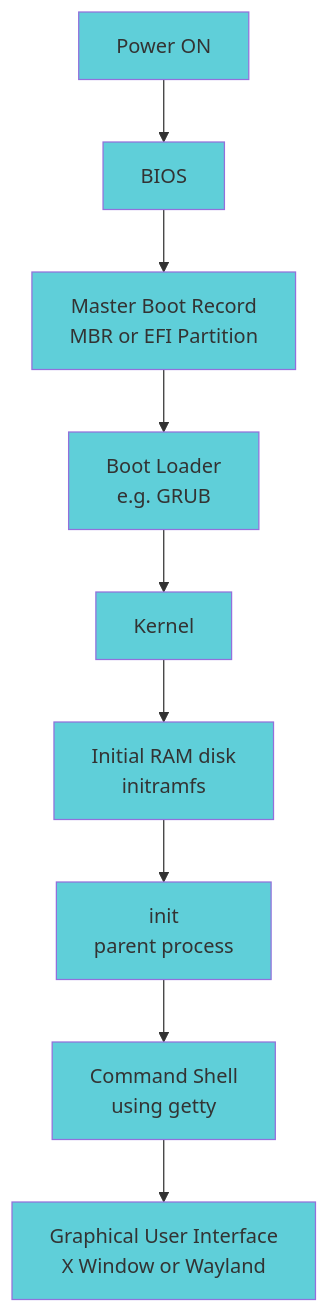
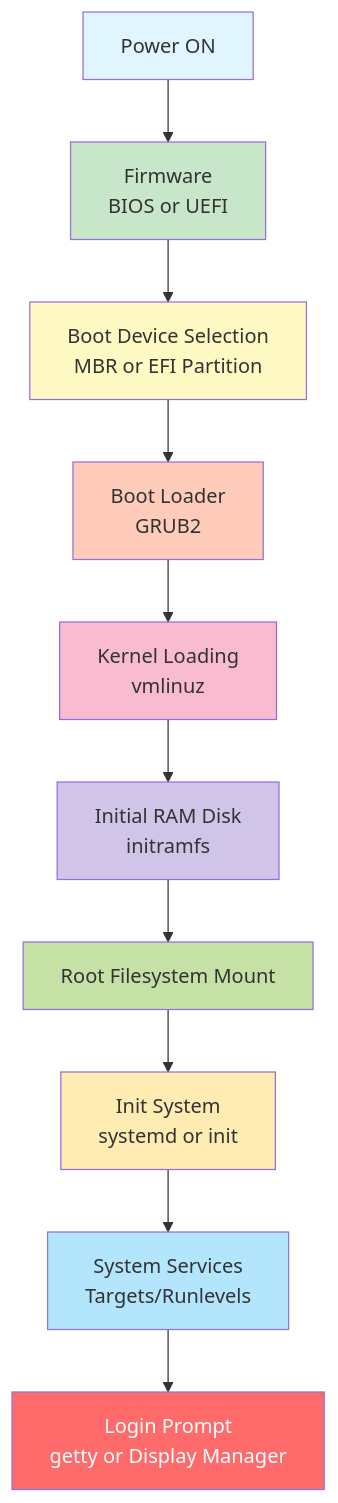
The first of 8 diagrams in operating-system/unix/linux/system-administration/booting/Boot process.md (ngokhoa1202/cs-note), drawn with Mermaid before and after one commit. The commit also changed other lines of this file and 118 other files, not shown here.

````diff
--- a/operating-system/unix/linux/system-administration/booting/Boot process.md
+++ b/operating-system/unix/linux/system-administration/booting/Boot process.md
@@ -2,21 +6,23 @@
-```mermaid title='Boot process in linux'
+```mermaid
 flowchart TD
-    A[Power ON] --> B[BIOS]
-    B --> C[Master Boot Record<br/>MBR or EFI Partition]
-    C --> D[Boot Loader<br/>e.g. GRUB]
-    D --> E[Kernel]
-    E --> F[Initial RAM disk<br/>initramfs]
-    F --> G[init<br/>parent process]
-    G --> H[Command Shell<br/>using getty]
-    H --> I[Graphical User Interface<br/>X Window or Wayland]
-    
-    style A fill:#5fcfd9
-    style B fill:#5fcfd9
-    style C fill:#5fcfd9
-    style D fill:#5fcfd9
-    style E fill:#5fcfd9
-    style F fill:#5fcfd9
-    style G fill:#5fcfd9
-    style H fill:#5fcfd9
-    style I fill:#5fcfd9
+    A[Power ON] --> B[Firmware<br/>BIOS or UEFI]
+    B --> C[Boot Device Selection<br/>MBR or EFI Partition]
+    C --> D[Boot Loader<br/>GRUB2]
+    D --> E[Kernel Loading<br/>vmlinuz]
+    E --> F[Initial RAM Disk<br/>initramfs]
+    F --> G[Root Filesystem Mount]
+    G --> H[Init System<br/>systemd or init]
+    H --> I[System Services<br/>Targets/Runlevels]
+    I --> J[Login Prompt<br/>getty or Display Manager]
+
+    style A fill:#e1f5fe
+    style B fill:#c8e6c9
+    style C fill:#fff9c4
+    style D fill:#ffccbc
+    style E fill:#f8bbd0
+    style F fill:#d1c4e9
+    style G fill:#c5e1a5
+    style H fill:#ffecb3
+    style I fill:#b3e5fc
+    style J fill:#ff6b6b,color:#fff
 ```
````
